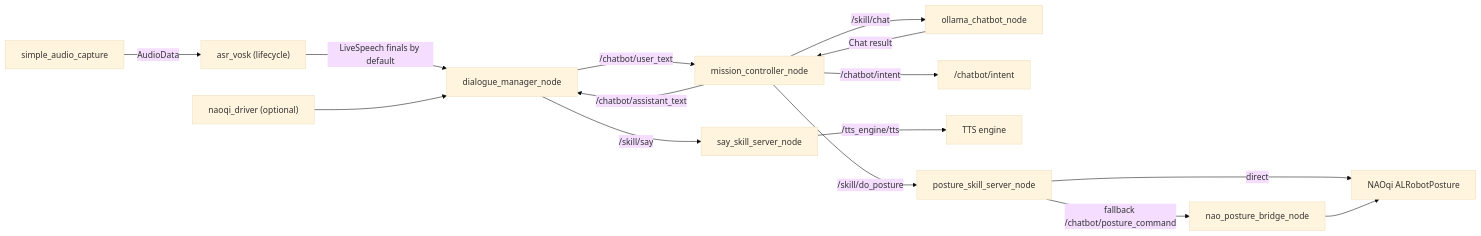
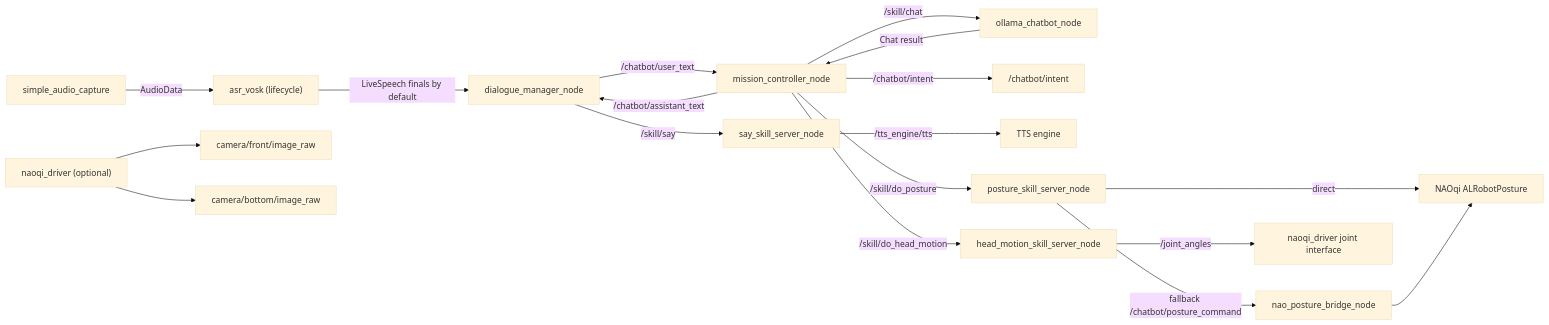
One commit to ieverythng/nao-ros4hri-bridge changed the first of 2 diagrams in docs/current_workflow.md. Above: the diagram before and after it, drawn with Mermaid (base theme). The commit also changed other lines of this file and 43 other files, not shown here.

````diff
--- a/docs/current_workflow.md
+++ b/docs/current_workflow.md
@@ -53,22 +56,25 @@
 ```mermaid
 flowchart LR
-    ASR["asr_vosk (lifecycle)"] -->|LiveSpeech finals by default| DM["dialogue_manager_node"]
-    SAC["simple_audio_capture"] -->|AudioData| ASR
+    SAC["simple_audio_capture"] -->|AudioData| ASR["asr_vosk (lifecycle)"]
+    ASR -->|LiveSpeech finals by default| DM["dialogue_manager_node"]
 
     DM -->|/chatbot/user_text| MC["mission_controller_node"]
     MC -->|/skill/chat| CHAT["ollama_chatbot_node"]
     CHAT -->|Chat result| MC
 
     MC -->|/chatbot/assistant_text| DM
     MC -->|/chatbot/intent| INTENT["/chatbot/intent"]
 
     DM -->|/skill/say| SAY["say_skill_server_node"]
     SAY -->|/tts_engine/tts| TTS["TTS engine"]
 
     MC -->|/skill/do_posture| PS["posture_skill_server_node"]
+    MC -->|/skill/do_head_motion| HEAD["head_motion_skill_server_node"]
     PS -->|direct| NAOQI["NAOqi ALRobotPosture"]
     PS -->|fallback /chatbot/posture_command| PB["nao_posture_bridge_node"]
     PB --> NAOQI
+    HEAD -->|/joint_angles| JOINT["naoqi_driver joint interface"]
 
-    NQ["naoqi_driver (optional)"] --> DM
+    NAOQIDRIVER["naoqi_driver (optional)"] --> CAM1["camera/front/image_raw"]
+    NAOQIDRIVER --> CAM2["camera/bottom/image_raw"]
 ```
````
